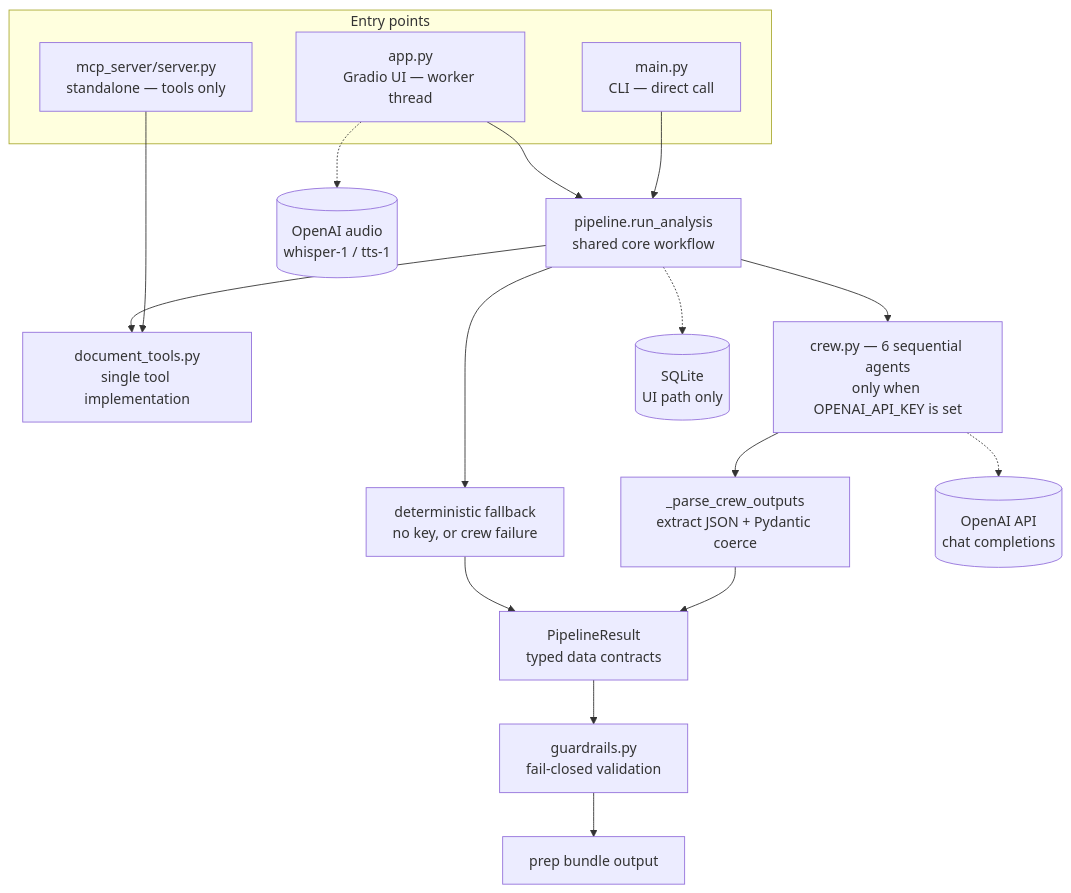
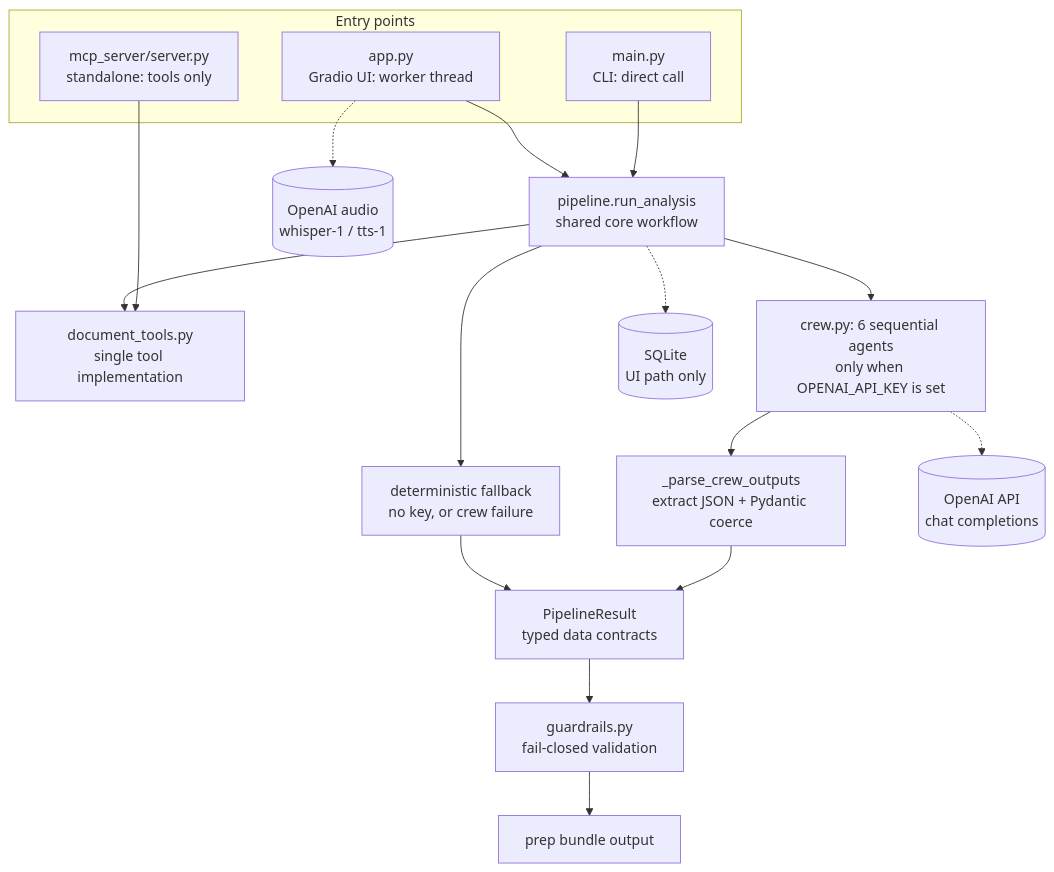
Before and after one commit to helenapedro/careercrew: the diagram in docs/engineering/architecture-overview.md, drawn with Mermaid. The commit also changed other lines of this file and 3 other files, not shown here.

````diff
--- a/docs/engineering/architecture-overview.md
+++ b/docs/engineering/architecture-overview.md
@@ -18,24 +18,24 @@
 ```mermaid
 flowchart TB
     subgraph ENTRY["Entry points"]
-        CLI["main.py<br/>CLI — direct call"]
-        UI["app.py<br/>Gradio UI — worker thread"]
-        MSRV["mcp_server/server.py<br/>standalone — tools only"]
+        CLI["main.py<br/>CLI: direct call"]
+        UI["app.py<br/>Gradio UI: worker thread"]
+        MSRV["mcp_server/server.py<br/>standalone: tools only"]
     end
     CORE["pipeline.run_analysis<br/>shared core workflow"]
     DT["document_tools.py<br/>single tool implementation"]
     CLI --> CORE
     UI --> CORE
     MSRV --> DT
     CORE --> DT
-    CORE --> CREW["crew.py — 6 sequential agents<br/>only when OPENAI_API_KEY is set"]
+    CORE --> CREW["crew.py: 6 sequential agents<br/>only when OPENAI_API_KEY is set"]
     CORE --> FB["deterministic fallback<br/>no key, or crew failure"]
     CREW --> PARSE["_parse_crew_outputs<br/>extract JSON + Pydantic coerce"]
     PARSE --> MODELS["PipelineResult<br/>typed data contracts"]
     FB --> MODELS
     MODELS --> G["guardrails.py<br/>fail-closed validation"]
     G --> OUT["prep bundle output"]
     CORE -.-> DB[("SQLite<br/>UI path only")]
     CREW -.-> OAI[("OpenAI API<br/>chat completions")]
     UI -.-> AU[("OpenAI audio<br/>whisper-1 / tts-1")]
 ```
````
